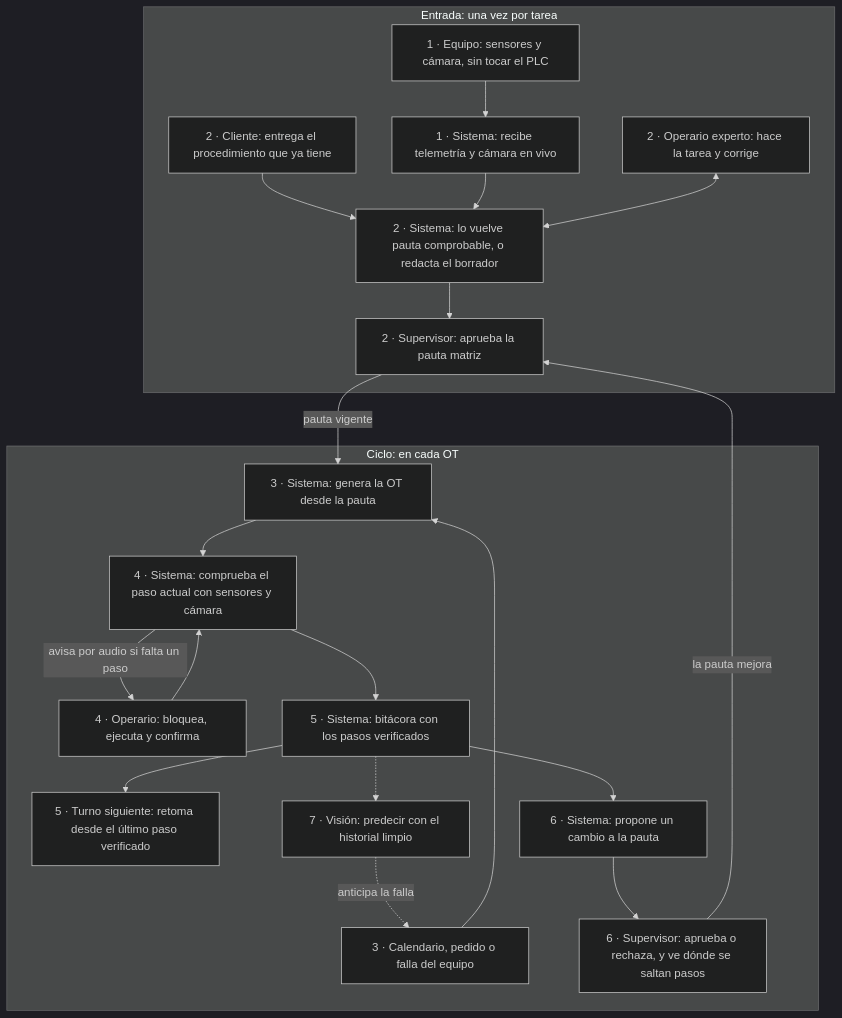
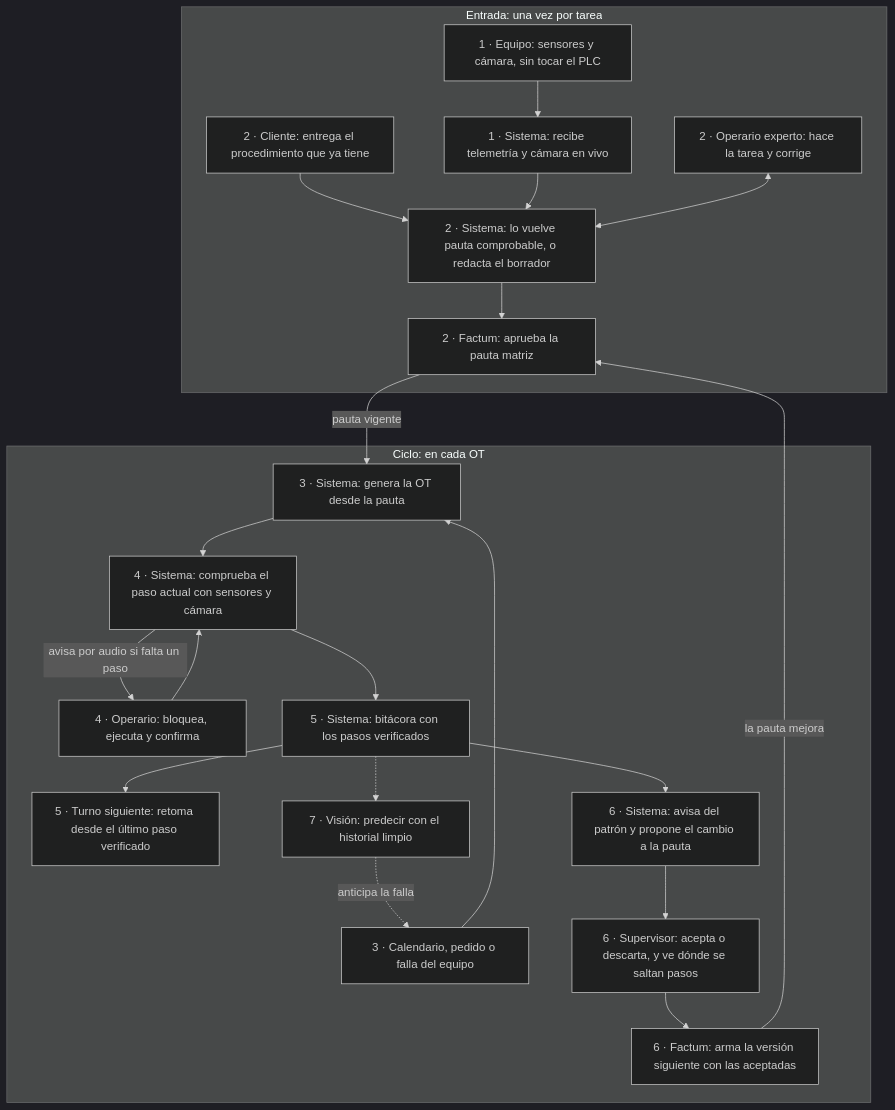
Before and after one commit to platanus-hack/platanus-hack-26-cl-team-10: the diagram in knowledge/architecture/FLUJO.md, drawn with Mermaid (dark theme). The commit also changed other lines of this file and 34 other files, not shown here.

````diff
--- a/knowledge/architecture/FLUJO.md
+++ b/knowledge/architecture/FLUJO.md
@@ -5,24 +5,25 @@
 ```mermaid
 flowchart TD
   subgraph E["Entrada: una vez por tarea"]
     A1["1 · Equipo: sensores y cámara, sin tocar el PLC"] --> A2["1 · Sistema: recibe telemetría y cámara en vivo"]
     A0["2 · Cliente: entrega el procedimiento que ya tiene"] --> B1
     A2 --> B1["2 · Sistema: lo vuelve pauta comprobable, o redacta el borrador"]
     B2["2 · Operario experto: hace la tarea y corrige"] <--> B1
-    B1 --> B3["2 · Supervisor: aprueba la pauta matriz"]
+    B1 --> B3["2 · Factum: aprueba la pauta matriz"]
   end
   subgraph C["Ciclo: en cada OT"]
     C1["3 · Calendario, pedido o falla del equipo"] --> C2["3 · Sistema: genera la OT desde la pauta"]
     C2 --> D1["4 · Sistema: comprueba el paso actual con sensores y cámara"]
     D2["4 · Operario: bloquea, ejecuta y confirma"] --> D1
     D1 -- "avisa por audio si falta un paso" --> D2
     D1 --> F1["5 · Sistema: bitácora con los pasos verificados"]
     F1 --> F2["5 · Turno siguiente: retoma desde el último paso verificado"]
-    F1 --> G1["6 · Sistema: propone un cambio a la pauta"]
-    G1 --> G2["6 · Supervisor: aprueba o rechaza, y ve dónde se saltan pasos"]
+    F1 --> G1["6 · Sistema: avisa del patrón y propone el cambio a la pauta"]
+    G1 --> G2["6 · Supervisor: acepta o descarta, y ve dónde se saltan pasos"]
+    G2 --> G3["6 · Factum: arma la versión siguiente con las aceptadas"]
     F1 -.-> H1["7 · Visión: predecir con el historial limpio"]
   end
   B3 -- "pauta vigente" --> C2
-  G2 -- "la pauta mejora" --> B3
+  G3 -- "la pauta mejora" --> B3
   H1 -. "anticipa la falla" .-> C1
 ```
````
